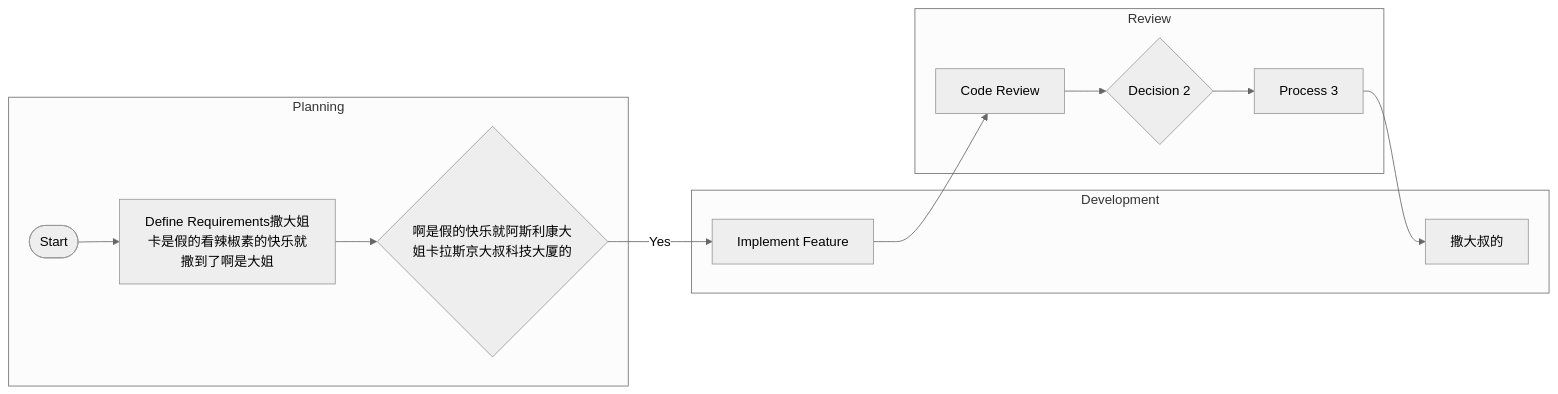
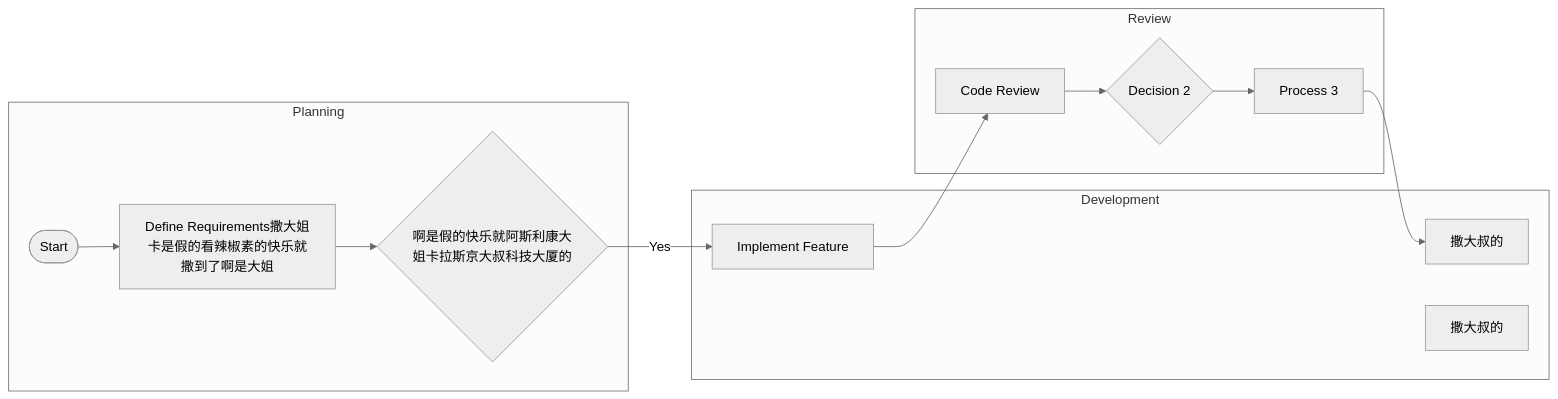
One commit to pingpm/mermaid_vault changed the diagram in mmd/123_7732089b-c55c-4161-ad72-3b9cd41d4a31.mmd. Above: the diagram before and after it, drawn with Mermaid (neutral theme). The commit also changed 2 other files, not shown here.

Commit message:
Sync Mermaid Studio data (15 diagrams)

```diff
--- a/mmd/123_7732089b-c55c-4161-ad72-3b9cd41d4a31.mmd
+++ b/mmd/123_7732089b-c55c-4161-ad72-3b9cd41d4a31.mmd
@@ -1,22 +1,23 @@
 flowchart LR
   subgraph lane_0["Planning"]
     t_0{"啊是假的快乐就阿斯利康大姐卡拉斯京大叔科技大厦的"}
     t_1(["Start"])
     t_2["Define Requirements撒大姐卡是假的看辣椒素的快乐就撒到了啊是大姐"]
   end
   subgraph lane_1["Development"]
     t_3["Implement Feature"]
     t_4["撒大叔的"]
+    t_5["撒大叔的"]
   end
   subgraph lane_2["Review"]
-    t_5{"Decision 2"}
-    t_6["Process 3"]
-    t_7["Code Review"]
+    t_6{"Decision 2"}
+    t_7["Process 3"]
+    t_8["Code Review"]
   end
   t_1 --> t_2
   t_2 --> t_0
   t_0 -->|"Yes"| t_3
-  t_3 --> t_7
-  t_6 --> t_4
-  t_5 --> t_6
-  t_7 --> t_5
+  t_3 --> t_8
+  t_7 --> t_4
+  t_6 --> t_7
+  t_8 --> t_6
```
